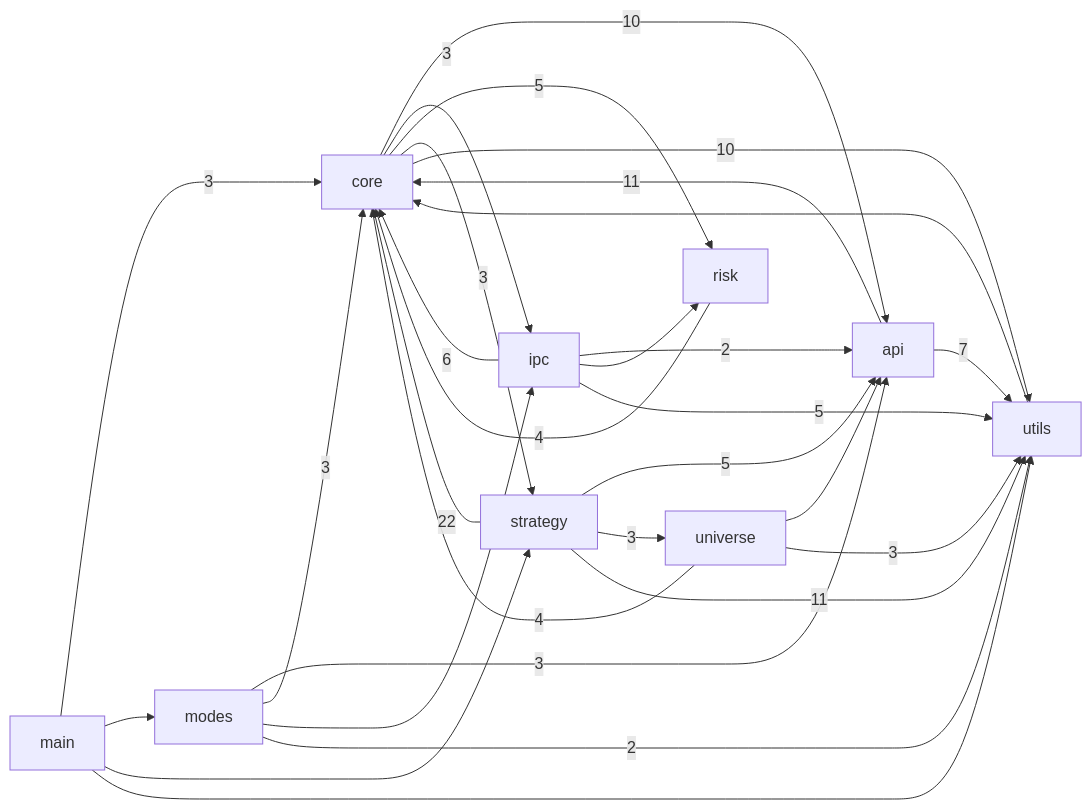
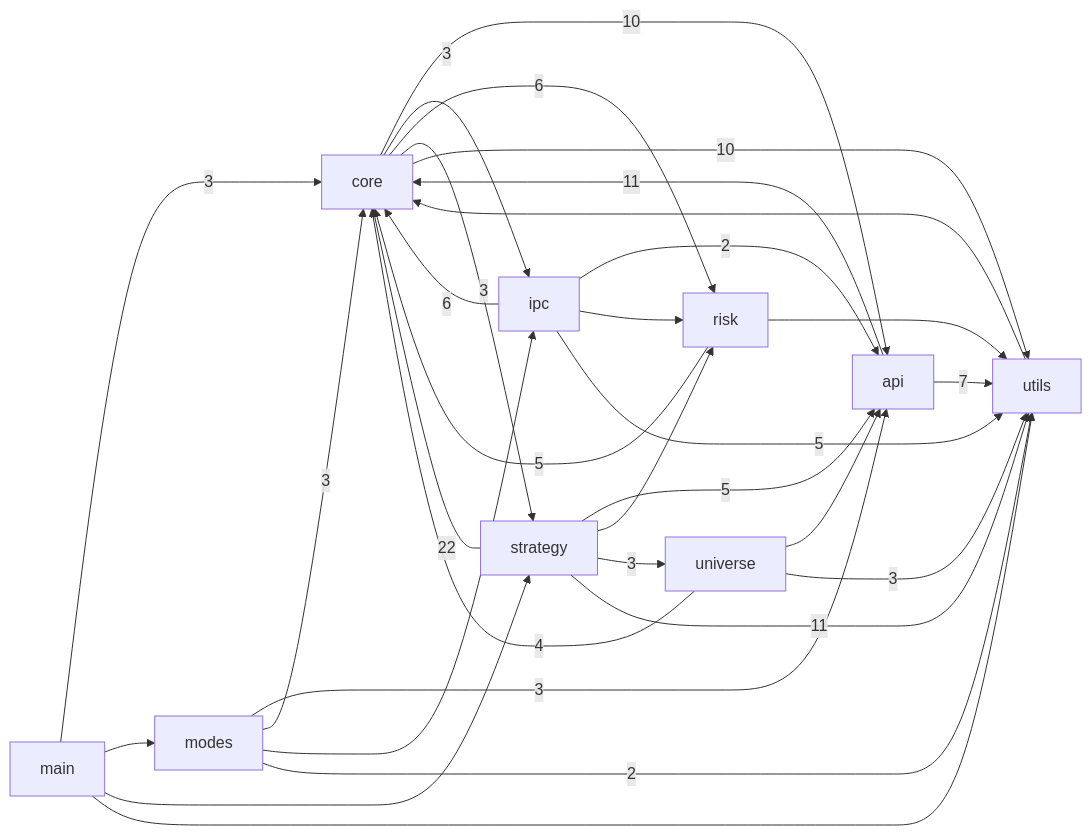
The first of 3 diagrams in docs/CODE_GRAPH.md (pypy8171/Quant), drawn with Mermaid before and after one commit. The commit also changed other lines of this file and 17 other files, not shown here.

````diff
--- a/docs/CODE_GRAPH.md
+++ b/docs/CODE_GRAPH.md
@@ -10,40 +10,42 @@
 ```mermaid
 graph LR
   main[main]
   modes[modes]
   core[core]
   strategy[strategy]
   api[api]
   universe[universe]
   risk[risk]
   ipc[ipc]
   utils[utils]
   api -->|11| core
   api -->|7| utils
   core -->|10| api
   core -->|3| ipc
-  core -->|5| risk
+  core -->|6| risk
   core -->|3| strategy
   core -->|10| utils
   ipc -->|2| api
   ipc -->|6| core
   ipc --> risk
   ipc -->|5| utils
   main -->|3| core
   main --> modes
   main --> strategy
   main --> utils
   modes -->|3| api
   modes -->|3| core
   modes --> ipc
   modes -->|2| utils
-  risk -->|4| core
+  risk -->|5| core
+  risk --> utils
   strategy -->|5| api
   strategy -->|22| core
+  strategy --> risk
   strategy -->|3| universe
   strategy -->|11| utils
   universe --> api
   universe -->|4| core
   universe -->|3| utils
   utils --> core
 ```
````
